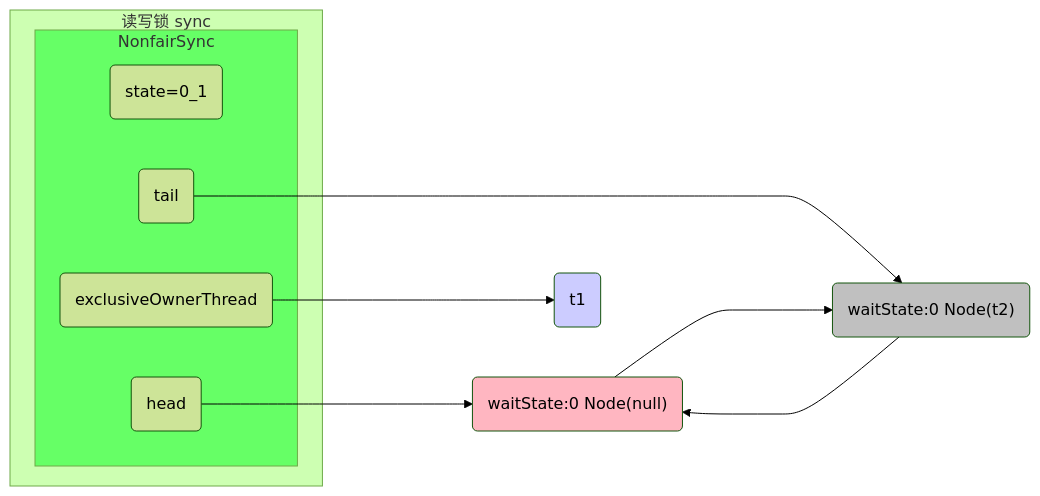
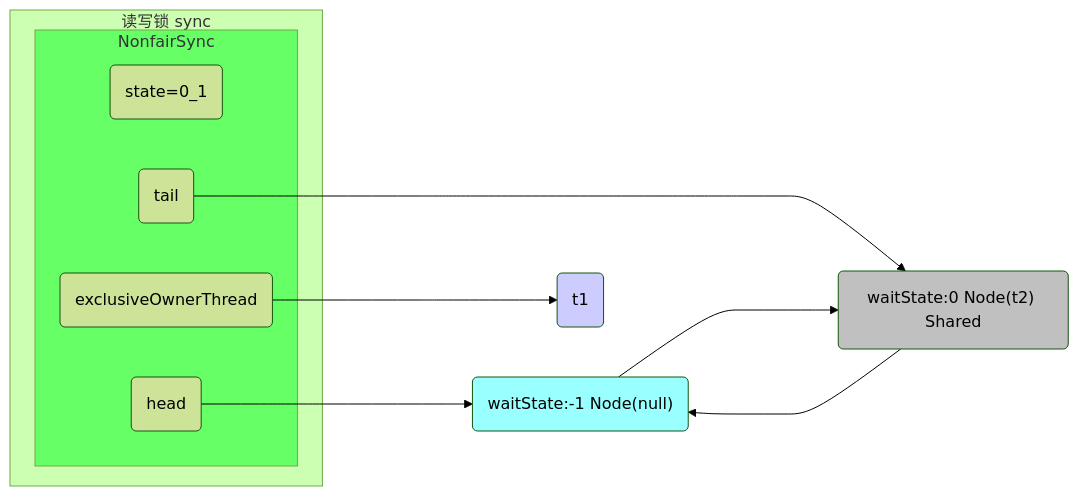
Before and after one commit to 2818026900/studyNode: diagram 31 of 46 in juc.md, drawn with Mermaid (forest theme). The commit also changed other lines of this file, not shown here.

````diff
--- a/juc.md
+++ b/juc.md
@@ -4390,23 +4390,23 @@
    ```mermaid
    graph LR
    	subgraph 读写锁 sync
    		subgraph NonfairSync
    			t1(state=0_1)
    			t2(head)
    			t3(tail)
    			t4(exclusiveOwnerThread)
    		end
    	end
-   	t5("waitState:0 Node#40;null#41;")
-   	t7("waitState:0 Node#40;t2#41;")
+   	t5("waitState:-1 Node#40;null#41;")
+   	t7("waitState:0 Node#40;t2#41; Shared")
    	t6(t1)
    	t2 ----> t5
    	t3 ----> t7
    	t5 ----> t7
    	t7 ----> t5
    	t4 ----> t6
    	style NonfairSync fill:#66ff66
    	style t6 fill:#ccf
    	style t7 fill:#c0c0c0
-   	style t5 fill:#ffb6c1
+   	style t5 fill:#99ffff
    ```
````
